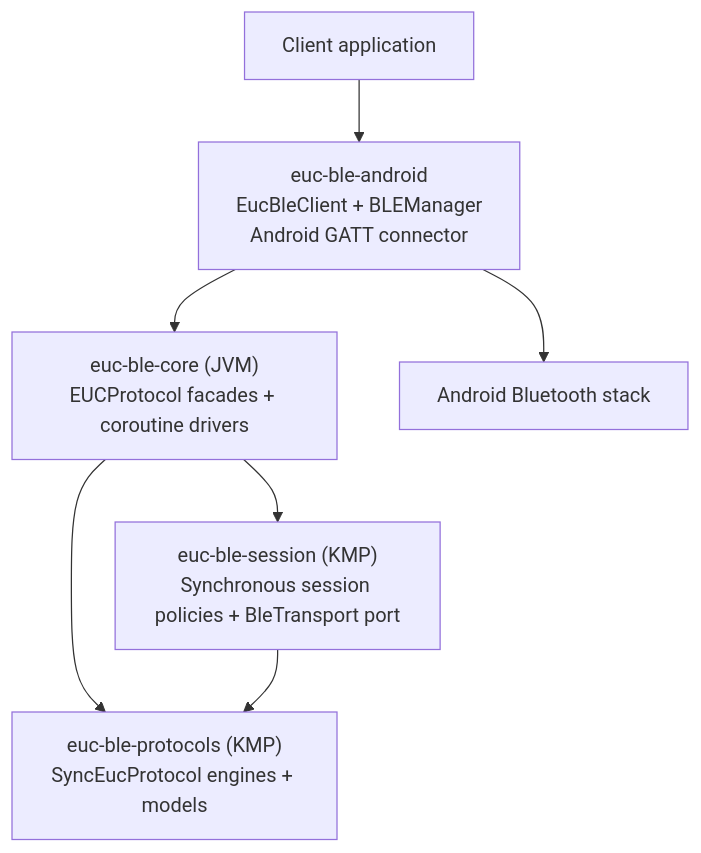
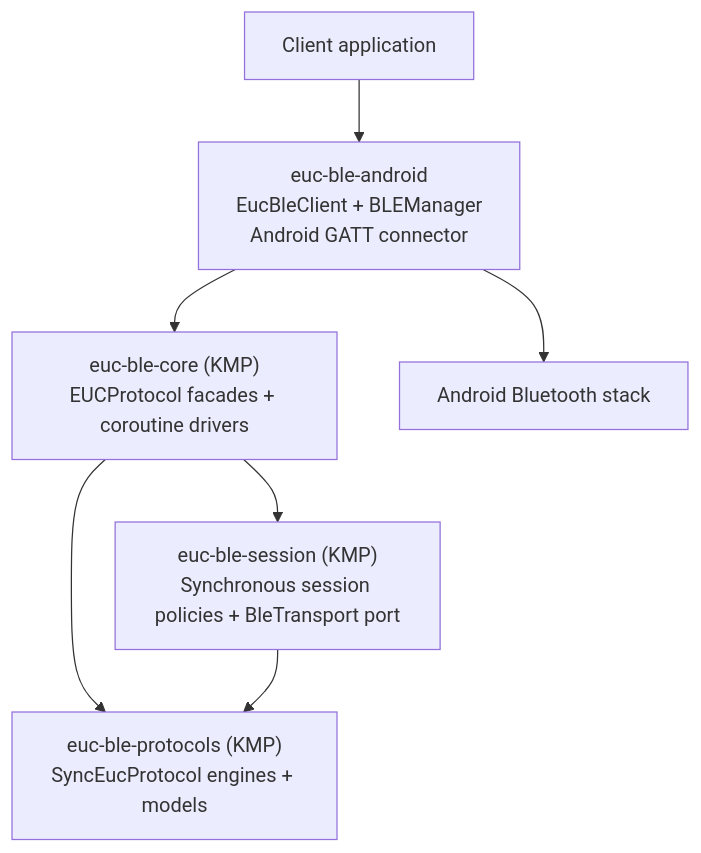
Before and after one commit to Tritbool/euc_ble_library: the first of 2 diagrams in docs/architecture.md, drawn with Mermaid. The commit also changed other lines of this file and 43 other files, not shown here.

````diff
--- a/docs/architecture.md
+++ b/docs/architecture.md
@@ -9,15 +9,15 @@
 ```mermaid
 flowchart TD
     app["Client application"]
     android["euc-ble-android<br/>EucBleClient + BLEManager<br/>Android GATT connector"]
-    core["euc-ble-core (JVM)<br/>EUCProtocol facades + coroutine drivers"]
+    core["euc-ble-core (KMP)<br/>EUCProtocol facades + coroutine drivers"]
     session["euc-ble-session (KMP)<br/>Synchronous session policies + BleTransport port"]
     protocols["euc-ble-protocols (KMP)<br/>SyncEucProtocol engines + models"]
     stack["Android Bluetooth stack"]
     app --> android
     android --> core
     core --> session
     core --> protocols
     session --> protocols
     android --> stack
 ```
````
